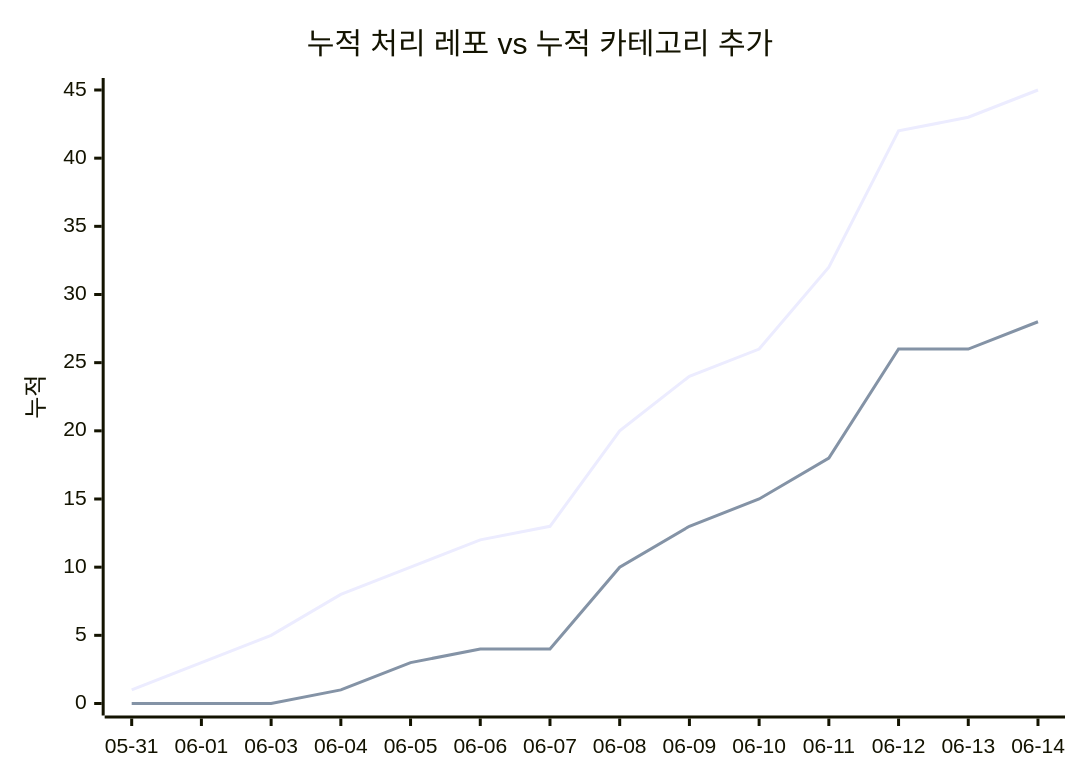
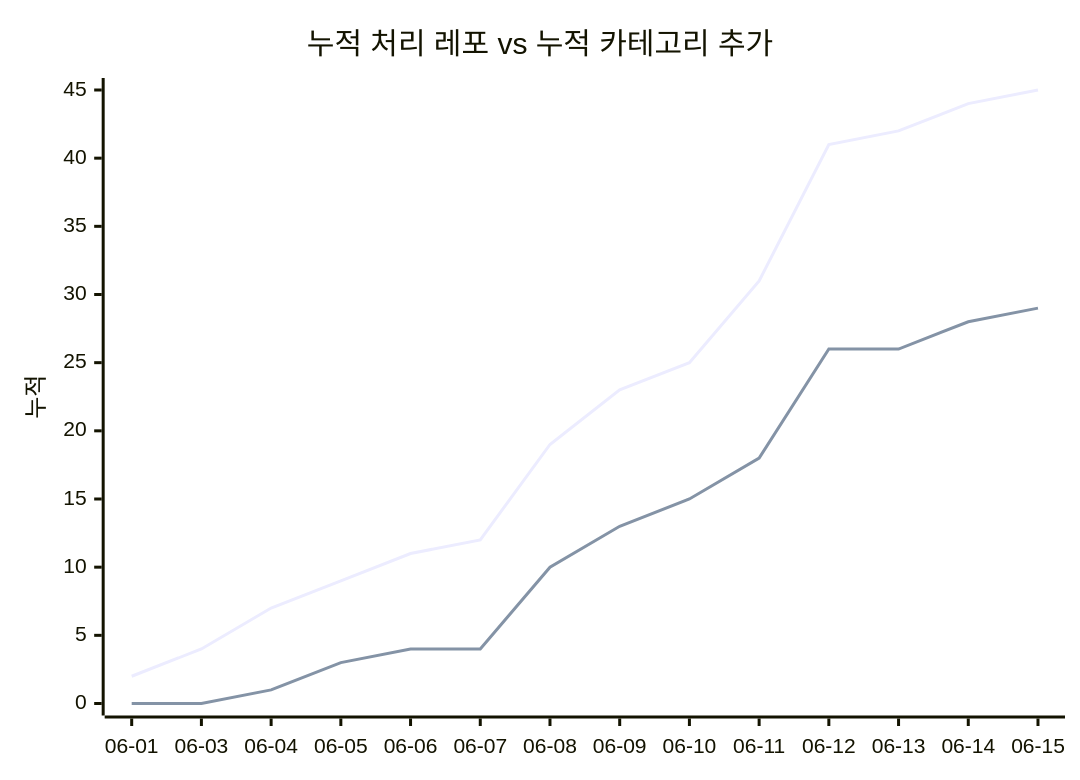
The second of 2 diagrams in docs/trends.md (J-nowcow/awesome-korean-agent-skills), drawn with Mermaid before and after one commit. The commit also changed other lines of this file and 3 other files, not shown here.

````diff
--- a/docs/trends.md
+++ b/docs/trends.md
@@ -68,8 +68,8 @@
 ```mermaid
 xychart-beta
     title "누적 처리 레포 vs 누적 카테고리 추가"
-    x-axis ["05-31","06-01","06-03","06-04","06-05","06-06","06-07","06-08","06-09","06-10","06-11","06-12","06-13","06-14"]
+    x-axis ["06-01","06-03","06-04","06-05","06-06","06-07","06-08","06-09","06-10","06-11","06-12","06-13","06-14","06-15"]
     y-axis "누적"
-    line [1,3,5,8,10,12,13,20,24,26,32,42,43,45]
-    line [0,0,0,1,3,4,4,10,13,15,18,26,26,28]
+    line [2,4,7,9,11,12,19,23,25,31,41,42,44,45]
+    line [0,0,1,3,4,4,10,13,15,18,26,26,28,29]
 ```
````
